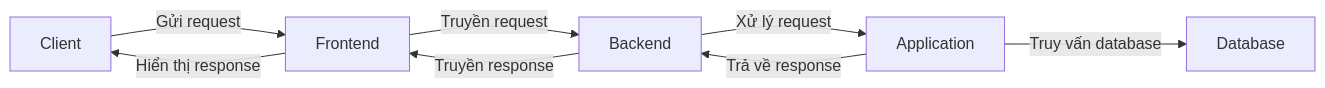
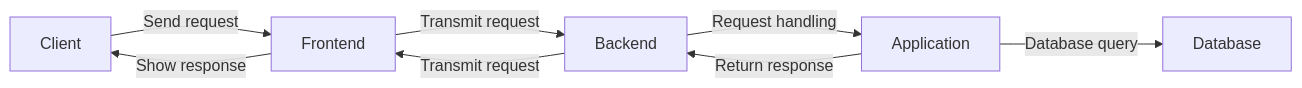
The diagram in README.md (hoangtien2k3/hoangtien2k3), drawn with Mermaid before and after one commit.

````diff
--- a/README.md
+++ b/README.md
@@ -36,10 +36,10 @@
 ```mermaid
 graph LR;
-    Client-- Gửi request --> Frontend;
-    Frontend-- Truyền request --> Backend;
-    Backend-- Xử lý request --> Application;
-    Application-- Truy vấn database --> Database;
-    Application-- Trả về response --> Backend;
-    Backend-- Truyền response --> Frontend;
-    Frontend-- Hiển thị response --> Client;
+    Client-- Send request --> Frontend;
+    Frontend-- Transmit request --> Backend;
+    Backend-- Request handling --> Application;
+    Application-- Database query --> Database;
+    Application-- Return response --> Backend;
+    Backend-- Transmit request --> Frontend;
+    Frontend-- Show response --> Client;
 ```
````
